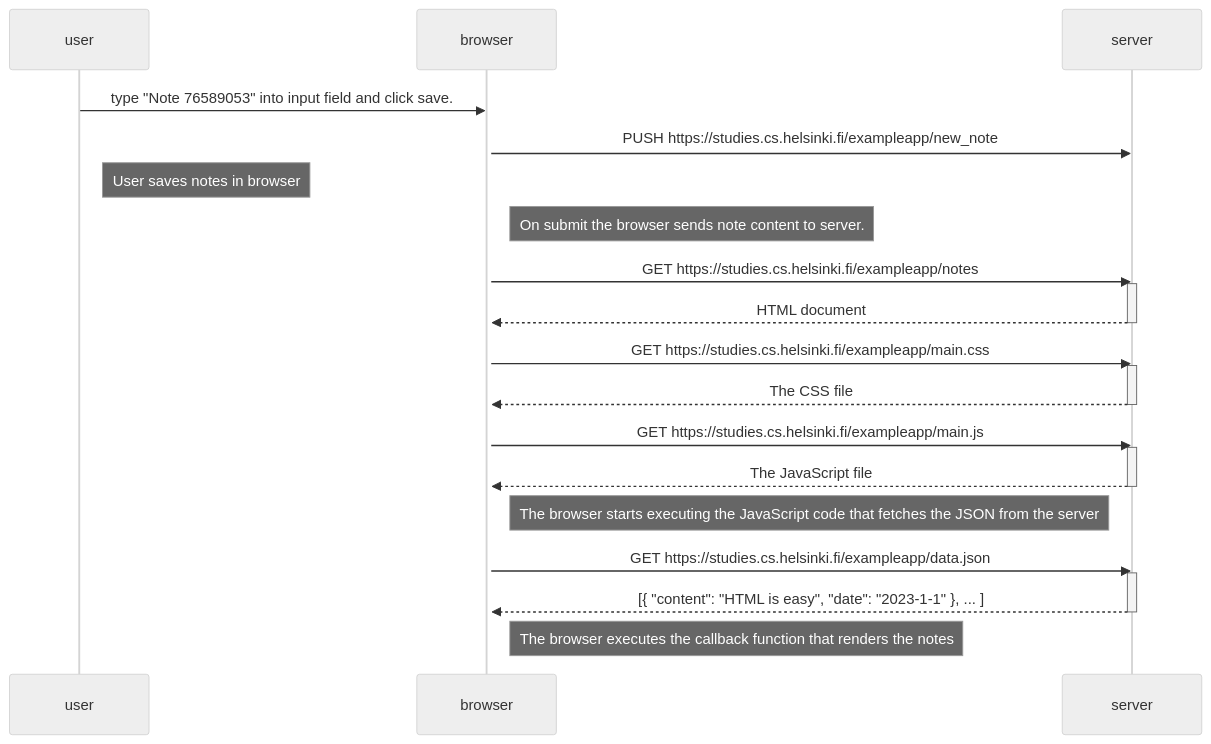
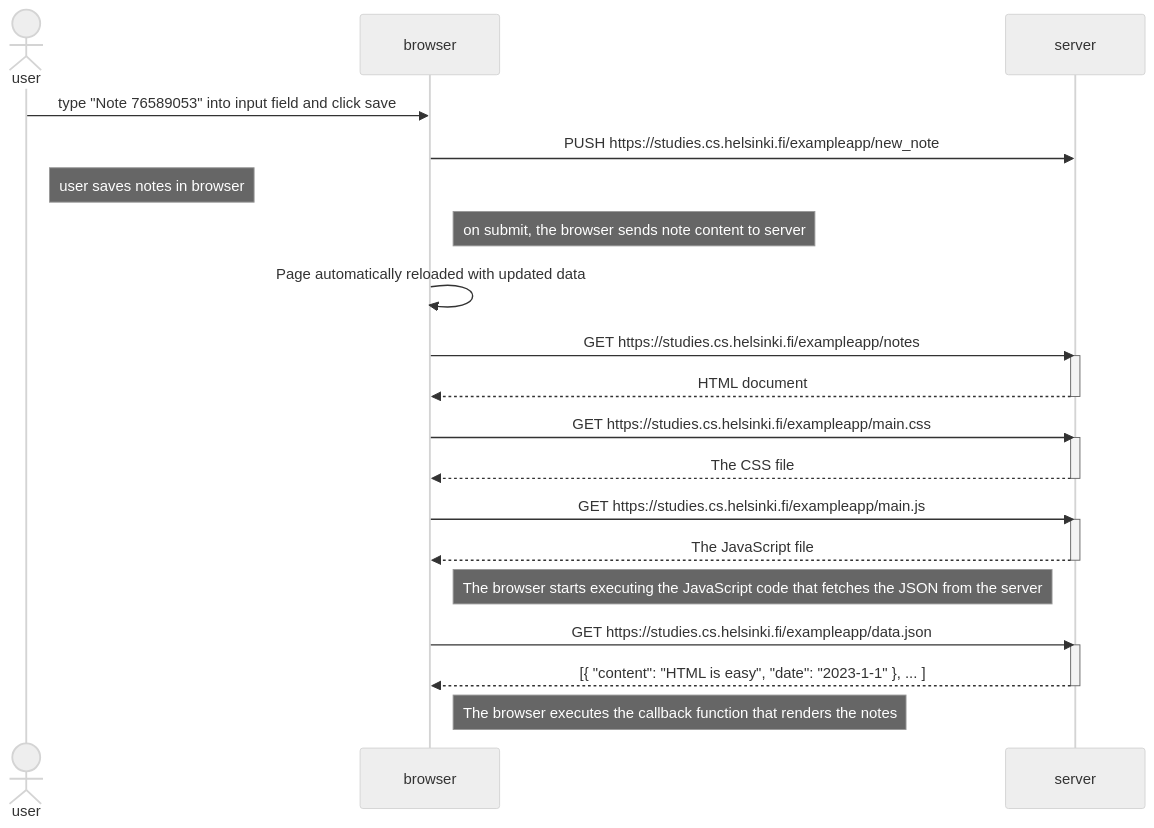
One commit to AlyshaJohnson/UOH-exercises changed the diagram in part0/exercise4.md. Above: the diagram before and after it, drawn with Mermaid (neutral theme).

Commit message:
amend exercise4 answer

````diff
--- a/part0/exercise4.md
+++ b/part0/exercise4.md
@@ -1,38 +1,39 @@
 ```mermaid
     sequenceDiagram
-        participant user
+        actor user
         participant browser
         participant server
 
-        user->>browser: type "Note 76589053" into input field and click save.
-        activate browser
+        user->>browser: type "Note 76589053" into input field and click save
         browser->>server: PUSH https://studies.cs.helsinki.fi/exampleapp/new_note
 
-        Note right of user: User saves notes in browser
-        Note right of browser: On submit the browser sends note content to server.
+        Note right of user: user saves notes in browser
+        Note right of browser: on submit, the browser sends note content to server
+
+        browser->>browser: Page automatically reloaded with updated data
 
         browser->>server: GET https://studies.cs.helsinki.fi/exampleapp/notes
         activate server
         server-->>browser: HTML document
         deactivate server
 
         browser->>server: GET https://studies.cs.helsinki.fi/exampleapp/main.css
         activate server
         server-->>browser: The CSS file
         deactivate server
 
         browser->>server: GET https://studies.cs.helsinki.fi/exampleapp/main.js
         activate server
         server-->>browser: The JavaScript file
         deactivate server
 
         Note right of browser: The browser starts executing the JavaScript code that fetches the JSON from the server
 
         browser->>server: GET https://studies.cs.helsinki.fi/exampleapp/data.json
         activate server
         server-->>browser: [{ "content": "HTML is easy", "date": "2023-1-1" }, ... ]
         deactivate server
 
         Note right of browser: The browser executes the callback function that renders the notes
 
 ```
````
